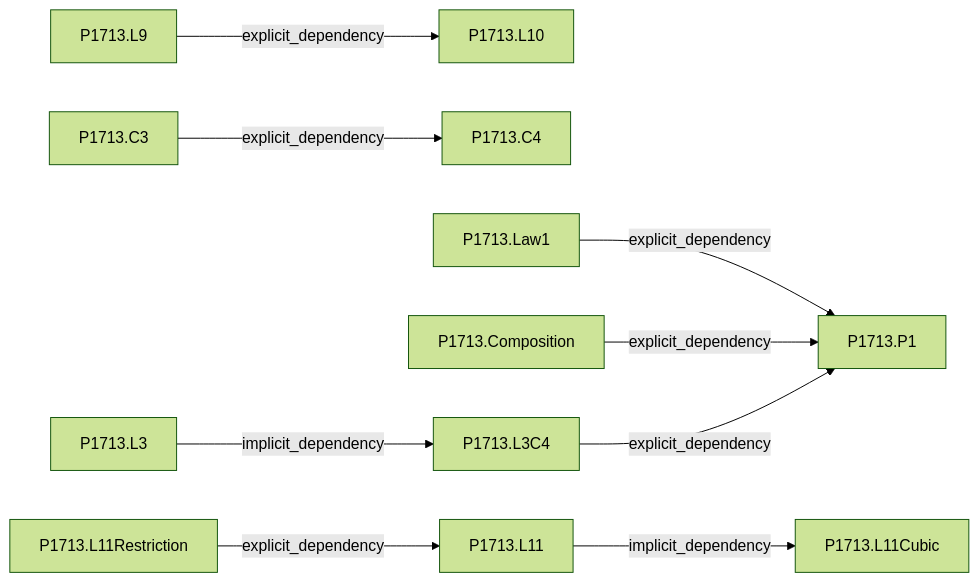
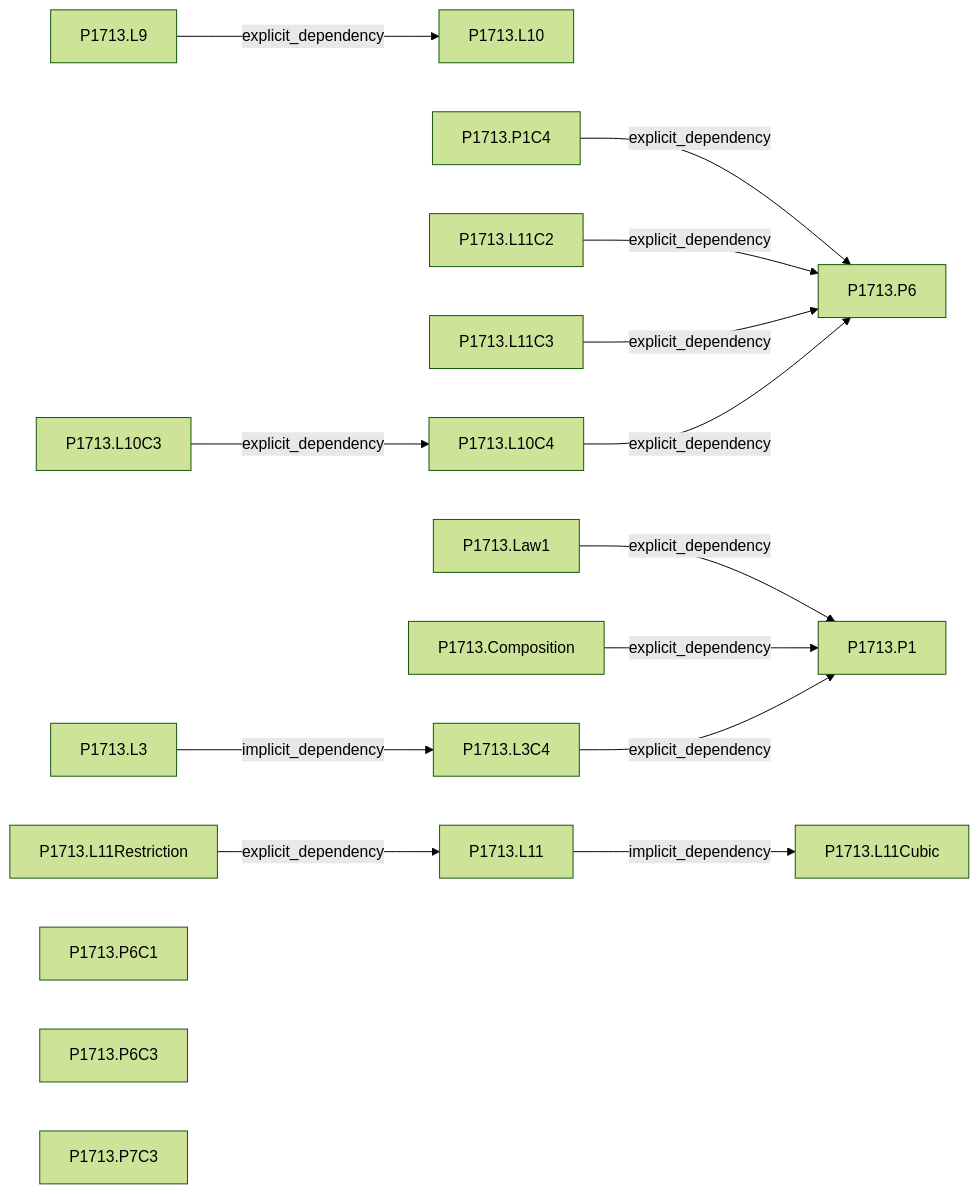
Before and after one commit to arivero/newtonlean: the second of 8 diagrams in research/graphs.md, drawn with Mermaid (forest theme). The commit also changed other lines of this file and 56 other files, not shown here.

````diff
--- a/research/graphs.md
+++ b/research/graphs.md
@@ -30,23 +35,34 @@
 ```mermaid
 flowchart LR
   n5["P1713.L9"]
   n6["P1713.L10"]
-  n7["P1713.C3"]
-  n8["P1713.C4"]
+  n7["P1713.L10C3"]
+  n8["P1713.L10C4"]
   n15["P1713.P1"]
   n16["P1713.L3"]
   n17["P1713.L3C4"]
   n18["P1713.Law1"]
   n19["P1713.Composition"]
   n25["P1713.L11"]
   n26["P1713.L11Cubic"]
   n27["P1713.L11Restriction"]
+  n28["P1713.P6"]
+  n29["P1713.P1C4"]
+  n30["P1713.L11C2"]
+  n31["P1713.L11C3"]
+  n32["P1713.P6C1"]
+  n33["P1713.P6C3"]
+  n34["P1713.P7C3"]
   n5 -->|explicit_dependency| n6
   n7 -->|explicit_dependency| n8
   n18 -->|explicit_dependency| n15
   n19 -->|explicit_dependency| n15
   n17 -->|explicit_dependency| n15
   n16 -->|implicit_dependency| n17
   n25 -->|implicit_dependency| n26
   n27 -->|explicit_dependency| n25
+  n29 -->|explicit_dependency| n28
+  n30 -->|explicit_dependency| n28
+  n31 -->|explicit_dependency| n28
+  n8 -->|explicit_dependency| n28
 ```
````
